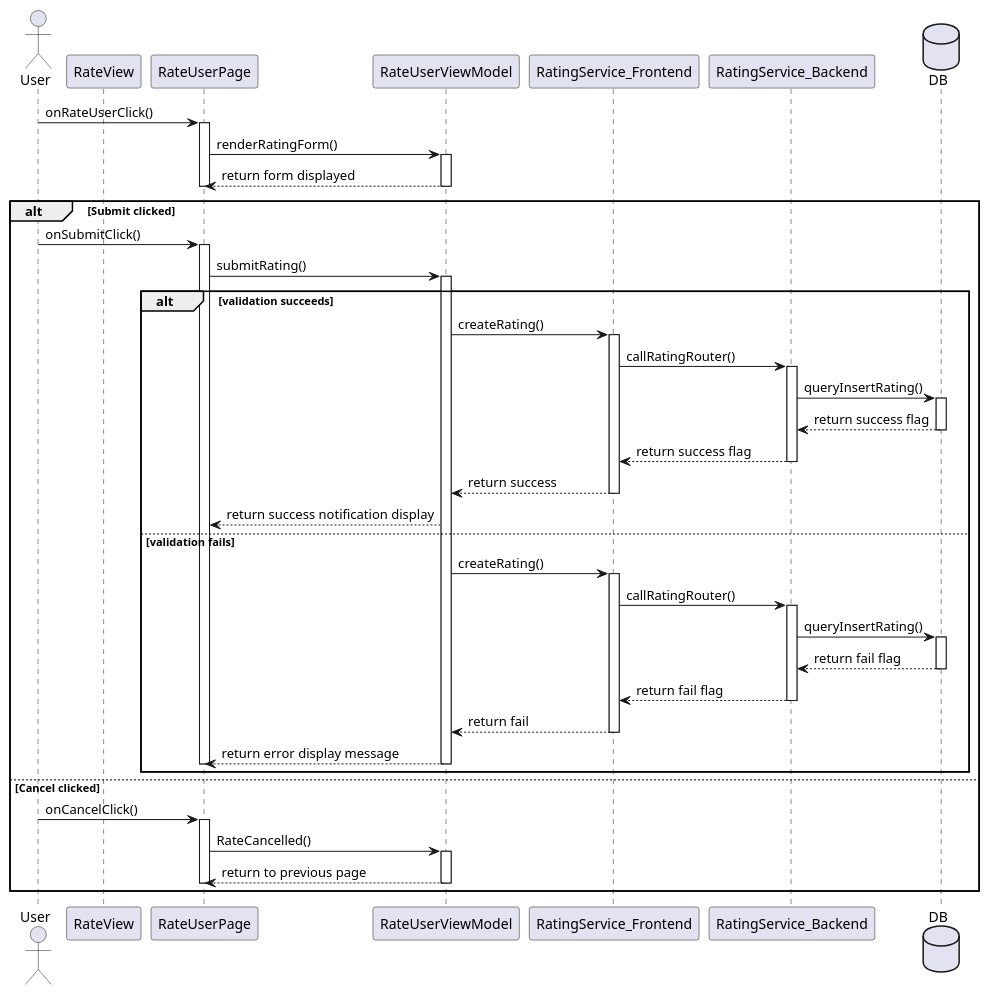
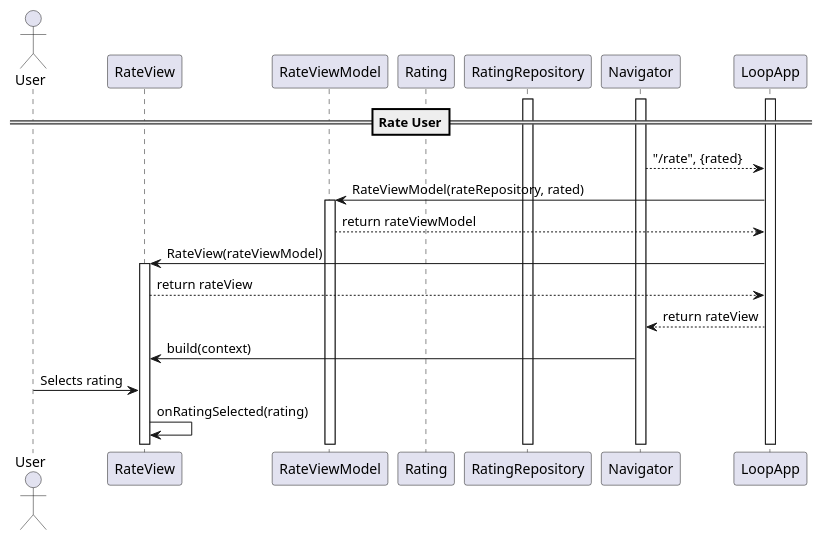
One commit to YannisRavasopoulos/ProjectSD_S6 changed the diagram in reports/sequence/rate-user.plantuml. Above: the diagram before and after it, drawn with PlantUML. The commit also changed 1 other file, not shown here.

Commit message:
Minor updates in rate-user

```diff
--- a/reports/sequence/rate-user.plantuml
+++ b/reports/sequence/rate-user.plantuml
@@ -1,94 +1,59 @@
 @startuml
+actor User
 
 actor User
+participant RateView
+participant RateViewModel
+participant Rating
+participant RatingRepository
+participant Navigator
+participant LoopApp
 
-participant RateView
+activate Navigator
+activate LoopApp
+activate RatingRepository
+
+==Rate User==
+
+Navigator --> LoopApp: "/rate", {rated}
+LoopApp -> RateViewModel: RateViewModel(rateRepository, rated)
+activate RateViewModel
+RateViewModel --> LoopApp: return rateViewModel
+LoopApp -> RateView: RateView(rateViewModel)
+activate RateView
+RateView --> LoopApp: return rateView
+LoopApp --> Navigator: return rateView
+Navigator -> RateView: build(context)
+User -> RateView: Selects rating
+RateView -> RateView: onRatingSelected(rating)
 
 
-' Layers in horizontal order:
-participant RateUserPage
-participant RateUserViewModel
-participant RatingService_Frontend
-participant RatingService_Backend
-database DB
+' User -> RateView: Selects report reason
+' ReportView -> RateView: ReasonSelected(reason)
+' opt
+'     User -> ReportView: Enter description
+'     ReportView -> ReportView: onDescriptionChanged(description)
+' end
+' User -> ReportView: Presses "Submit"
+' ReportView -> ReportView: onSubmitPressed()
+' ReportView -> ReportConfirmationDialog: ReportConfirmationDialog(report, onConfirm, onCancel)
+' activate ReportConfirmationDialog
+' alt Confirm
+'     ReportConfirmationDialog -> ReportView: onConfirm()
+'     ReportView -> ReportViewModel: submitReport()
+'     ReportViewModel -> Report: Report(reportee, reason, description)
+'     activate Report
+'     Report --> ReportViewModel: return report
+'     ReportViewModel -> ReportRepository: createReport(report)
+'     ReportRepository --> ReportViewModel
+'     ReportViewModel --> ReportView
+'     ReportView -> ReportView: onReportSubmitted()
+'     ReportView -> ReportView: showSuccessMessage()
+'     deactivate Report
+' else Cancel
+'     ReportConfirmationDialog -> ReportView: onCancel()
+'     deactivate ReportConfirmationDialog
+'     ReportView -> Navigator: pop()
+' end
 
-
-
-User -> RateUserPage            : onRateUserClick()
-activate RateUserPage
-RateUserPage -> RateUserViewModel    : renderRatingForm()
-activate RateUserViewModel
-RateUserViewModel --> RateUserPage           : return form displayed
-deactivate RateUserViewModel
-deactivate RateUserPage
-
-
-
-    alt Submit clicked
-        User -> RateUserPage    : onSubmitClick()
-        activate RateUserPage
-        RateUserPage -> RateUserViewModel : submitRating()
-
-
-        activate RateUserViewModel
-
-
-        alt validation succeeds
-            RateUserViewModel -> RatingService_Frontend : createRating()
-
-
-            activate RatingService_Frontend
-            RatingService_Frontend -> RatingService_Backend : callRatingRouter()
-
-
-            activate RatingService_Backend
-            RatingService_Backend -> DB : queryInsertRating()
-            activate DB
-            DB --> RatingService_Backend : return success flag
-            deactivate DB
-            RatingService_Backend --> RatingService_Frontend : return success flag
-            deactivate RatingService_Backend
-
-
-            RatingService_Frontend --> RateUserViewModel : return success
-            deactivate RatingService_Frontend
-
-
-            RateUserViewModel --> RateUserPage : return success notification display
-
-
-            else validation fails
-            RateUserViewModel -> RatingService_Frontend : createRating()
-
-
-            activate RatingService_Frontend
-            RatingService_Frontend -> RatingService_Backend : callRatingRouter()
-
-
-            activate RatingService_Backend
-            RatingService_Backend -> DB : queryInsertRating()
-            activate DB
-            DB --> RatingService_Backend : return fail flag
-            deactivate DB
-            RatingService_Backend --> RatingService_Frontend : return fail flag
-            deactivate RatingService_Backend
-
-
-            RatingService_Frontend --> RateUserViewModel : return fail
-            deactivate RatingService_Frontend
-
-
-            RateUserViewModel --> RateUserPage : return error display message
-            deactivate RateUserViewModel
-            deactivate RateUserPage
-        end
-      else Cancel clicked
-        User -> RateUserPage    : onCancelClick()
-        activate RateUserPage
-        RateUserPage -> RateUserViewModel  : RateCancelled()
-        activate RateUserViewModel
-        RateUserViewModel --> RateUserPage   : return to previous page
-        deactivate RateUserViewModel
-        deactivate RateUserPage
-    end
 @enduml
```
